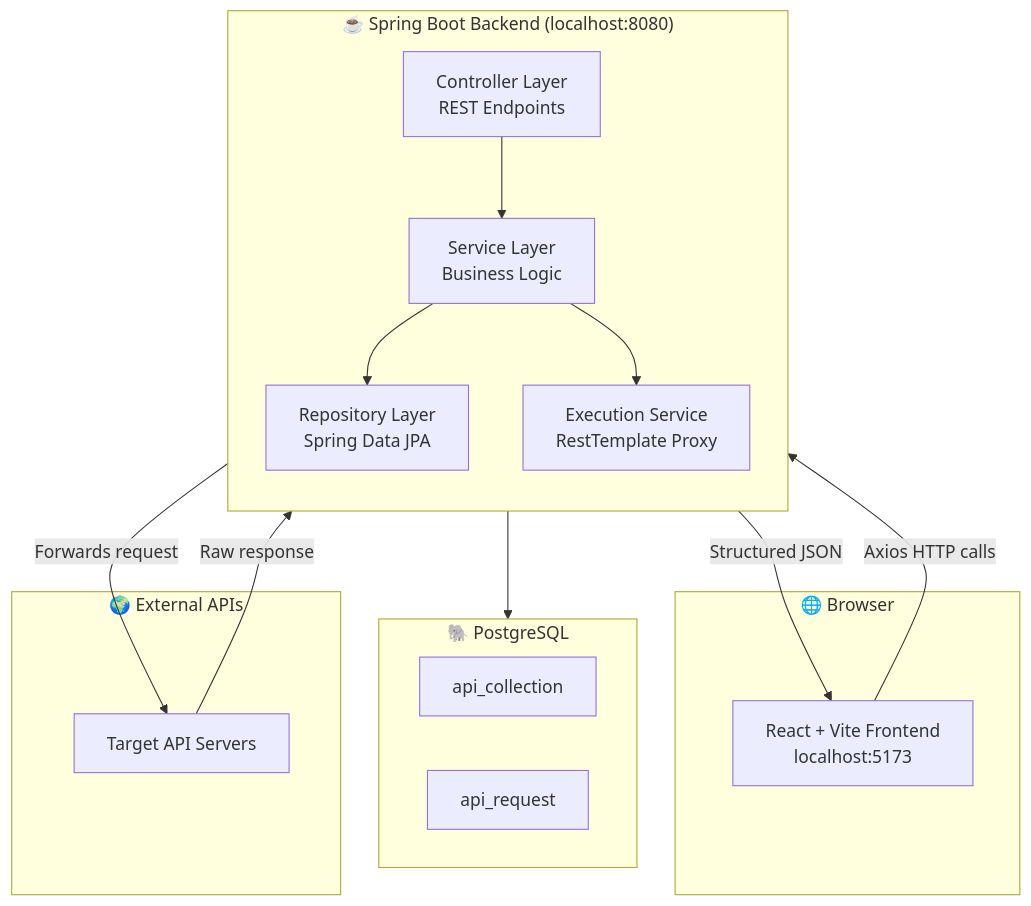
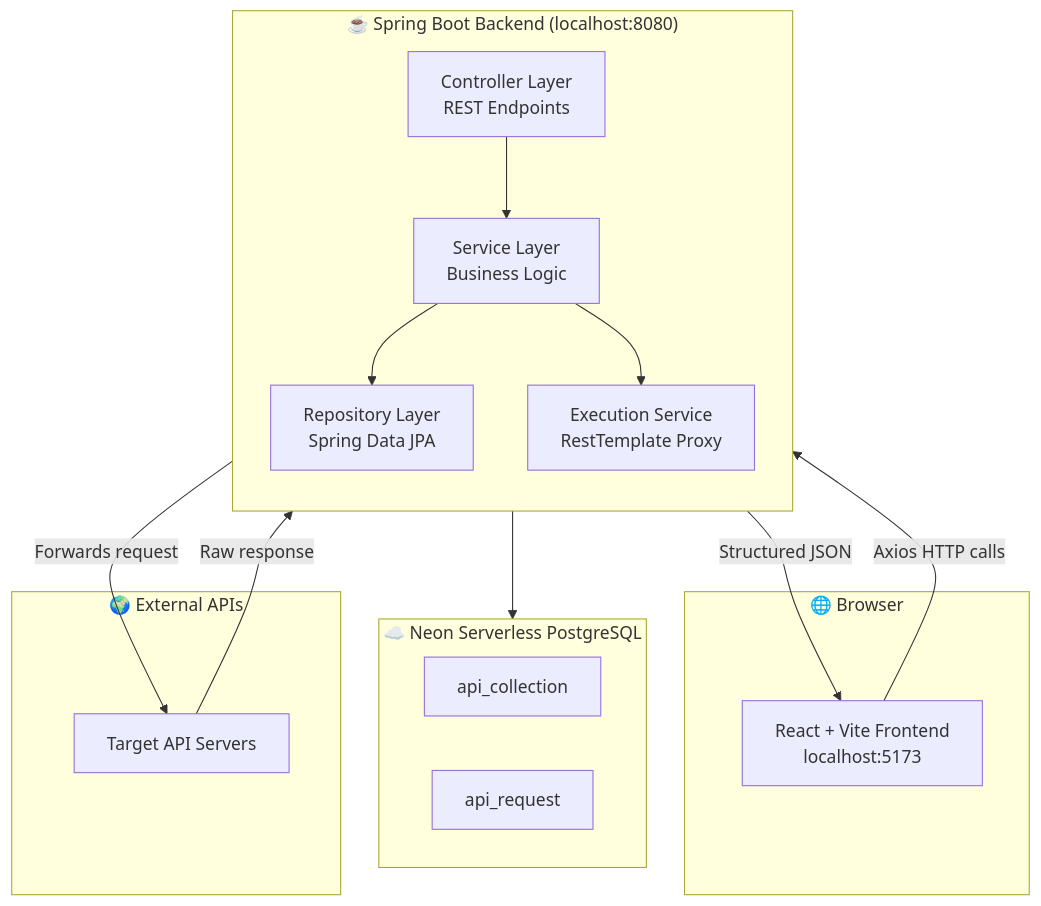
Before and after one commit to javvajishalini/API-Testing-Tool: the first of 5 diagrams in README.md, drawn with Mermaid. The commit also changed other lines of this file, not shown here.

````diff
--- a/README.md
+++ b/README.md
@@ -86,32 +86,32 @@
 ```mermaid
 graph TB
     subgraph Browser["🌐 Browser"]
         UI["React + Vite Frontend\nlocalhost:5173"]
     end
 
     subgraph Backend["☕ Spring Boot Backend (localhost:8080)"]
         direction TB
         CTRL["Controller Layer\nREST Endpoints"]
         SVC["Service Layer\nBusiness Logic"]
         REPO["Repository Layer\nSpring Data JPA"]
         PROXY["Execution Service\nRestTemplate Proxy"]
     end
 
-    subgraph DB["🐘 PostgreSQL"]
+    subgraph DB["☁️ Neon Serverless PostgreSQL"]
         T1["api_collection"]
         T2["api_request"]
     end
 
     subgraph External["🌍 External APIs"]
         EXT["Target API Servers"]
     end
 
     UI -- "Axios HTTP calls" --> CTRL
     CTRL --> SVC
     SVC --> REPO
     REPO --> DB
     SVC --> PROXY
     PROXY -- "Forwards request" --> EXT
     EXT -- "Raw response" --> PROXY
     PROXY -- "Structured JSON" --> UI
 ```
````
